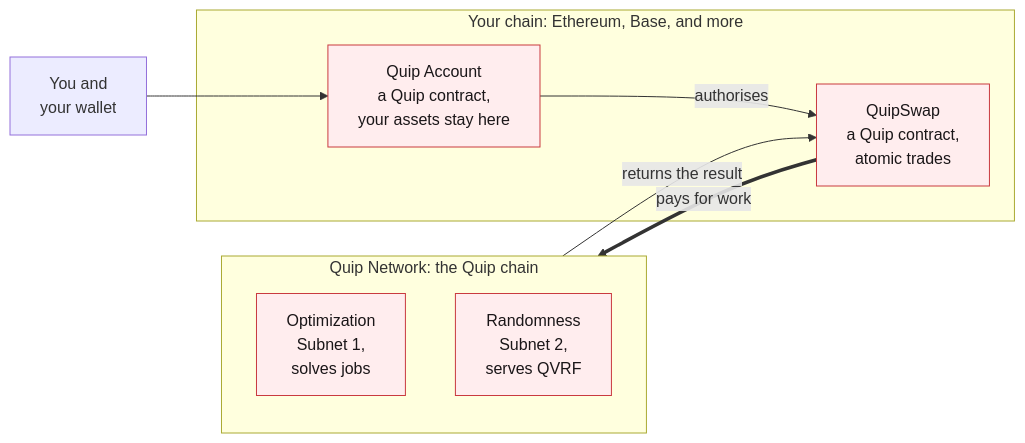
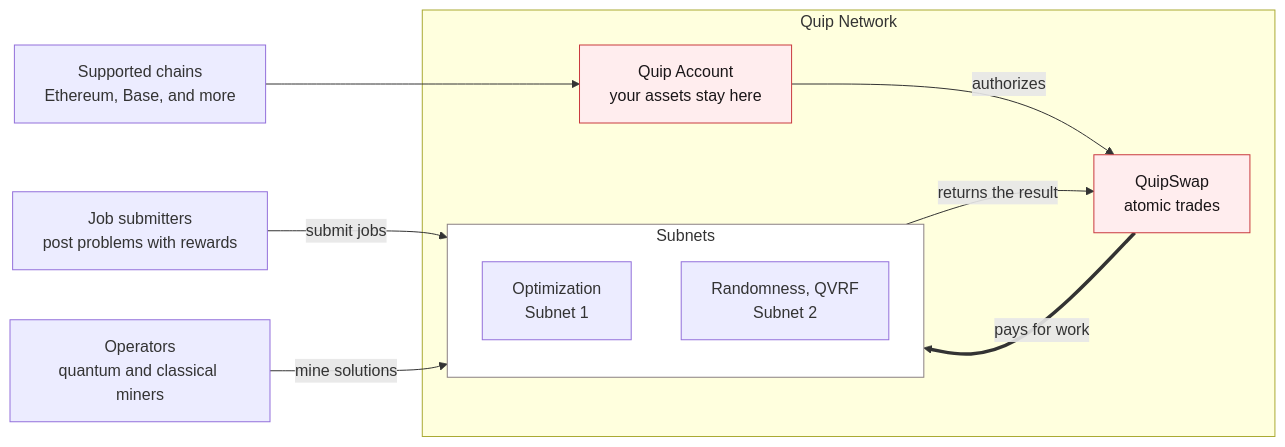
One commit to QuipNetwork/developers.quip.network changed the first of 2 diagrams in docs/interlock/how-quip-fits-together.md. Above: the diagram before and after it, drawn with Mermaid. The commit also changed other lines of this file and 2 other files, not shown here.

Commit message:
docs: diagram v3 per review, add job submitters and operators, US spelling
One Quip Network box containing the contracts and a white Subnets
sub-box; supported chains, job submitters, and operators enter from
outside so every actor is visible. Simpler box labels, authorizes with
a z, and remaining UK spellings fixed across pages.

````diff
--- a/docs/interlock/how-quip-fits-together.md
+++ b/docs/interlock/how-quip-fits-together.md
@@ -25,18 +25,23 @@
 ```mermaid
 flowchart LR
-    U["You and<br/>your wallet"]
-    subgraph YC["Your chain: Ethereum, Base, and more"]
-        A["Quip Account<br/>a Quip contract,<br/>your assets stay here"]
-        S["QuipSwap<br/>a Quip contract,<br/>atomic trades"]
+    SC["Supported chains<br/>Ethereum, Base, and more"]
+    JS["Job submitters<br/>post problems with rewards"]
+    OP["Operators<br/>quantum and classical miners"]
+    subgraph QN["Quip Network"]
+        A["Quip Account<br/>your assets stay here"]
+        S["QuipSwap<br/>atomic trades"]
+        subgraph SUB["Subnets"]
+            OPT["Optimization<br/>Subnet 1"]
+            RND["Randomness, QVRF<br/>Subnet 2"]
+        end
     end
-    subgraph QN["Quip Network: the Quip chain"]
-        OPT["Optimization<br/>Subnet 1,<br/>solves jobs"]
-        RND["Randomness<br/>Subnet 2,<br/>serves QVRF"]
-    end
-    U --> A
-    A -->|authorises| S
-    S ==>|pays for work| QN
-    QN -->|returns the result| S
+    SC --> A
+    A -->|authorizes| S
+    S ==>|pays for work| SUB
+    SUB -->|returns the result| S
+    JS -->|submit jobs| SUB
+    OP -->|mine solutions| SUB
+    style SUB fill:#FFFFFF,stroke:#8B8083
     classDef quip fill:#FFEDEE,stroke:#C93A3F,color:#1A1618
-    class A,S,OPT,RND quip
+    class A,S quip
 ```
````
